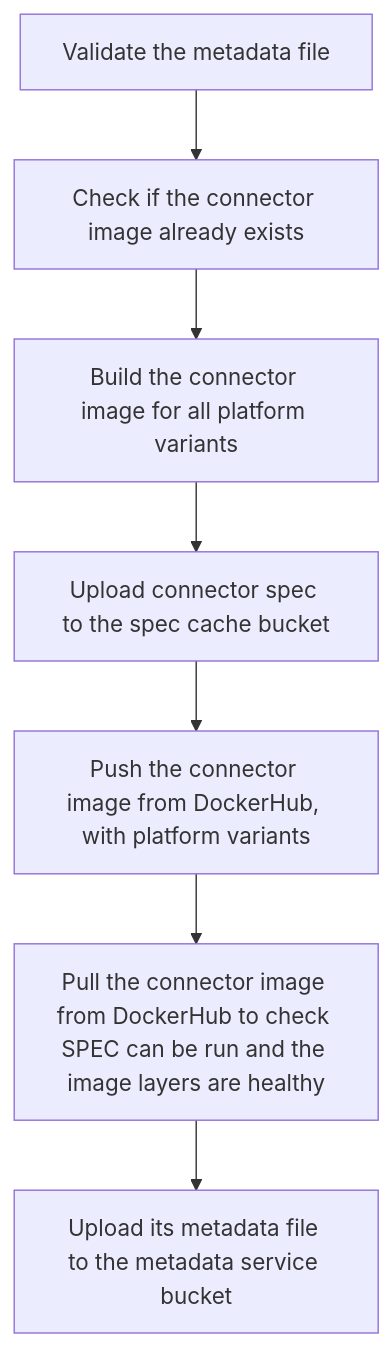
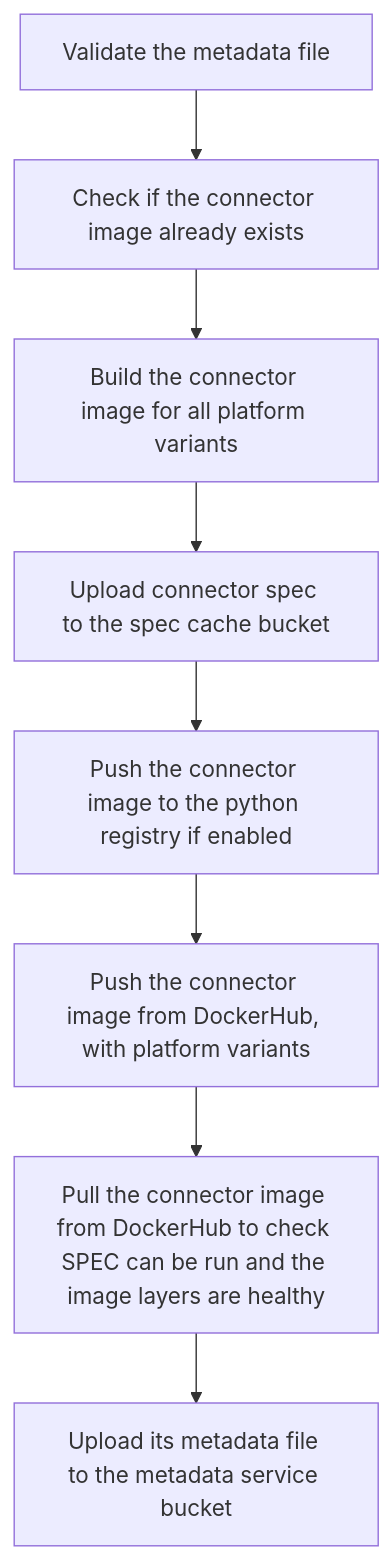
Before and after one commit to airbytehq/airbyte: the fourth of 5 diagrams in airbyte-ci/connectors/pipelines/README.md, drawn with Mermaid. The commit also changed other lines of this file and 9 other files, not shown here.

````diff
--- a/airbyte-ci/connectors/pipelines/README.md
+++ b/airbyte-ci/connectors/pipelines/README.md
@@ -404,12 +404,13 @@
 ```mermaid
 flowchart TD
     validate[Validate the metadata file]
     check[Check if the connector image already exists]
     build[Build the connector image for all platform variants]
+    publish_to_python_registry[Push the connector image to the python registry if enabled]
     upload_spec[Upload connector spec to the spec cache bucket]
     push[Push the connector image from DockerHub, with platform variants]
     pull[Pull the connector image from DockerHub to check SPEC can be run and the image layers are healthy]
     upload_metadata[Upload its metadata file to the metadata service bucket]
 
-    validate-->check-->build-->upload_spec-->push-->pull-->upload_metadata
+    validate-->check-->build-->upload_spec-->publish_to_python_registry-->push-->pull-->upload_metadata
 ```
````
